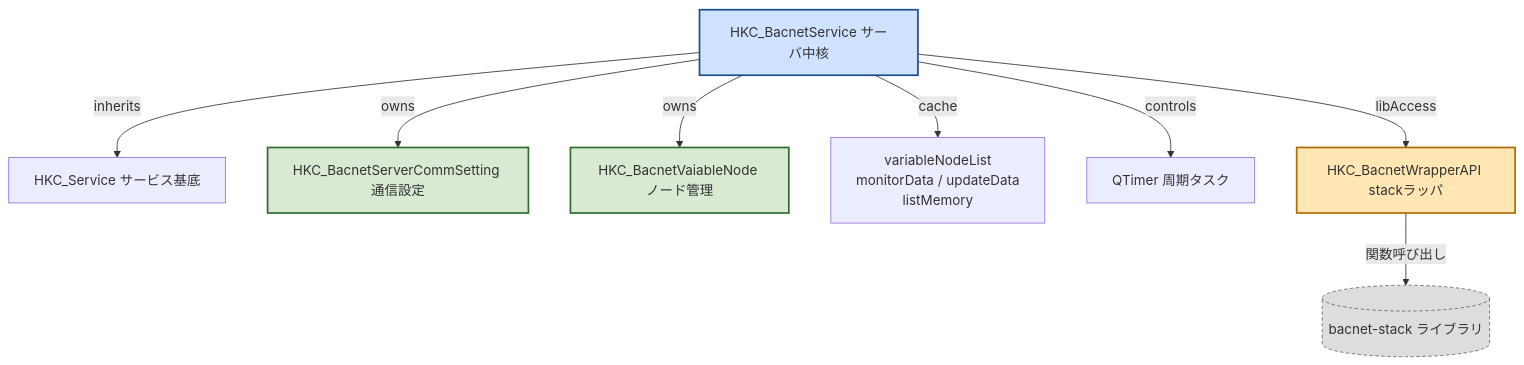
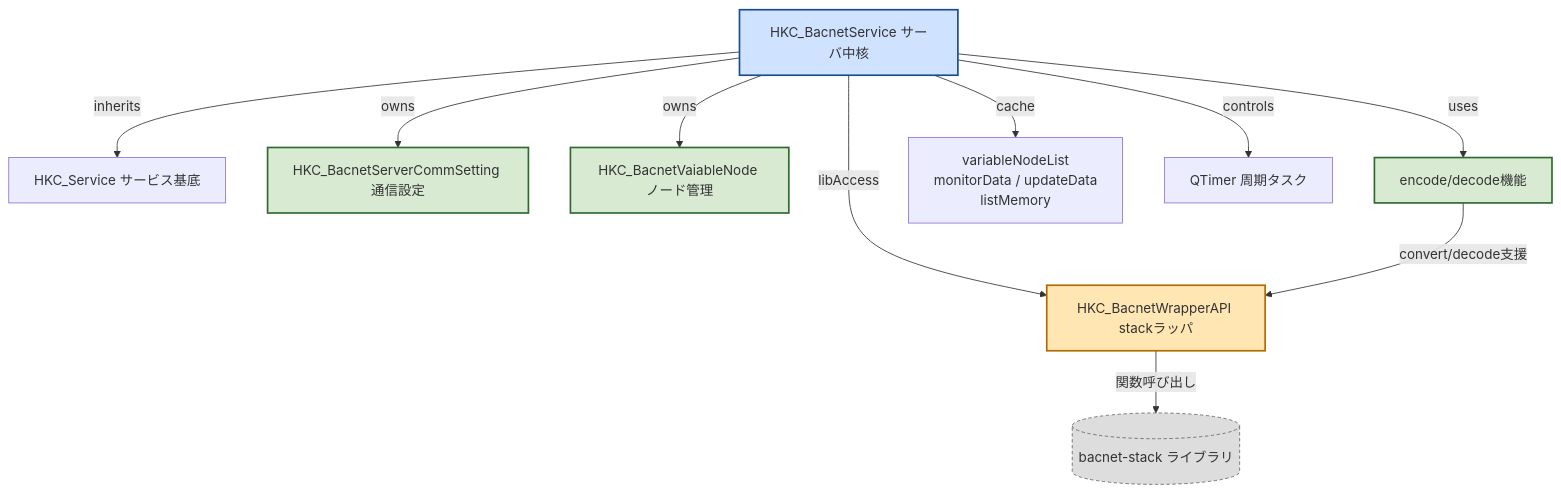
One commit to moto046/markdown-test changed the fourth of 5 diagrams in bacnet.md. Above: the diagram before and after it, drawn with Mermaid. The commit also changed other lines of this file, not shown here.

````diff
--- a/bacnet.md
+++ b/bacnet.md
@@ -77,25 +137,29 @@
 ```mermaid
 graph TD
     Base[HKC_Service サービス基底]
     Svc[HKC_BacnetService サーバ中核]
     Comm[HKC_BacnetServerCommSetting 通信設定]
     Node[HKC_BacnetVaiableNode ノード管理]
+    ConvCls[encode/decode機能]
     Cache[variableNodeList<br/>monitorData / updateData<br/>listMemory]
     Timer[QTimer 周期タスク]
     Wrapper[HKC_BacnetWrapperAPI stackラッパ]
     StackLib[(bacnet-stack ライブラリ)]
 
     Svc -->|inherits| Base
     Svc -->|owns| Comm
     Svc -->|owns| Node
+    Svc -->|uses| ConvCls
     Svc -->|cache| Cache
     Svc -->|controls| Timer
     Svc -->|libAccess| Wrapper
+    ConvCls -->|convert/decode支援| Wrapper
     Wrapper -->|関数呼び出し| StackLib
 
     style Svc fill:#cfe2ff,stroke:#1a4d8c,stroke-width:2px
     style Comm fill:#d9ead3,stroke:#2f6b2f,stroke-width:2px
     style Node fill:#d9ead3,stroke:#2f6b2f,stroke-width:2px
+    style ConvCls fill:#d9ead3,stroke:#2f6b2f,stroke-width:2px
     style Wrapper fill:#ffe6b3,stroke:#b06a00,stroke-width:2px
     style StackLib fill:#dddddd,stroke:#666,stroke-dasharray:4 3
 ```
````
